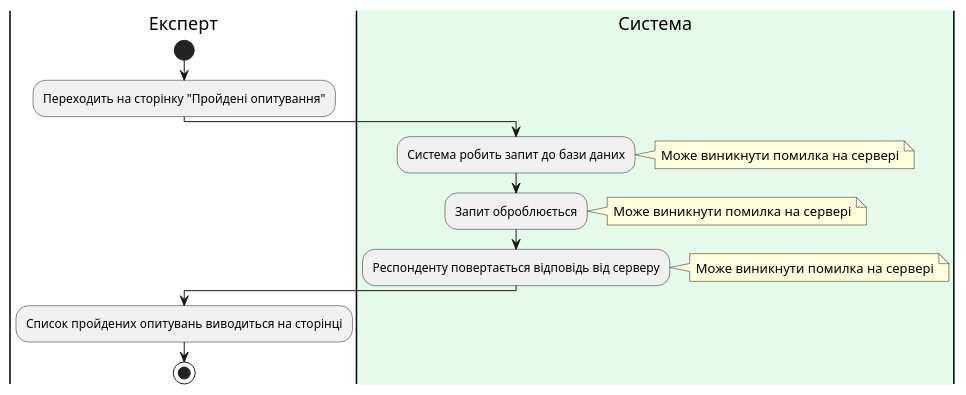
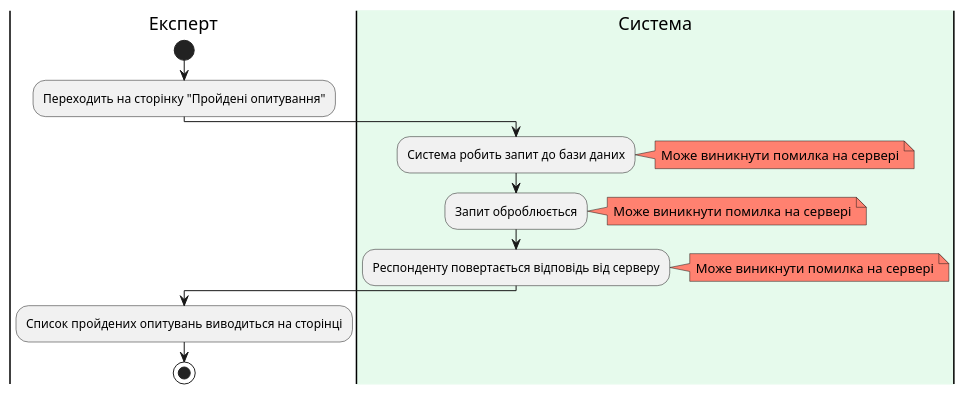
Before and after one commit to generalmaks/db_labs: the diagram in docs/use_cases.md, drawn with PlantUML.

Commit message:
Change notes color

````diff
--- a/docs/use_cases.md
+++ b/docs/use_cases.md
@@ -13,23 +13,23 @@
 ```plantuml
 @startuml
 |Експерт|
 start
 :Переходить на сторінку "Пройдені опитування";
 |#e6faec|Система|
 :Система робить запит до бази даних;
-note right
+note right #ff8170
 Може виникнути помилка на сервері
 end note
 :Запит оброблюється;
-note right
+note right #ff8170
 Може виникнути помилка на сервері
 end note
 :Респонденту повертається відповідь від серверу;
-note right
+note right #ff8170
 Може виникнути помилка на сервері
 end note
 |Експерт|
 :Список пройдених опитувань виводиться на сторінці;
 stop
 @enduml
 ```
````
